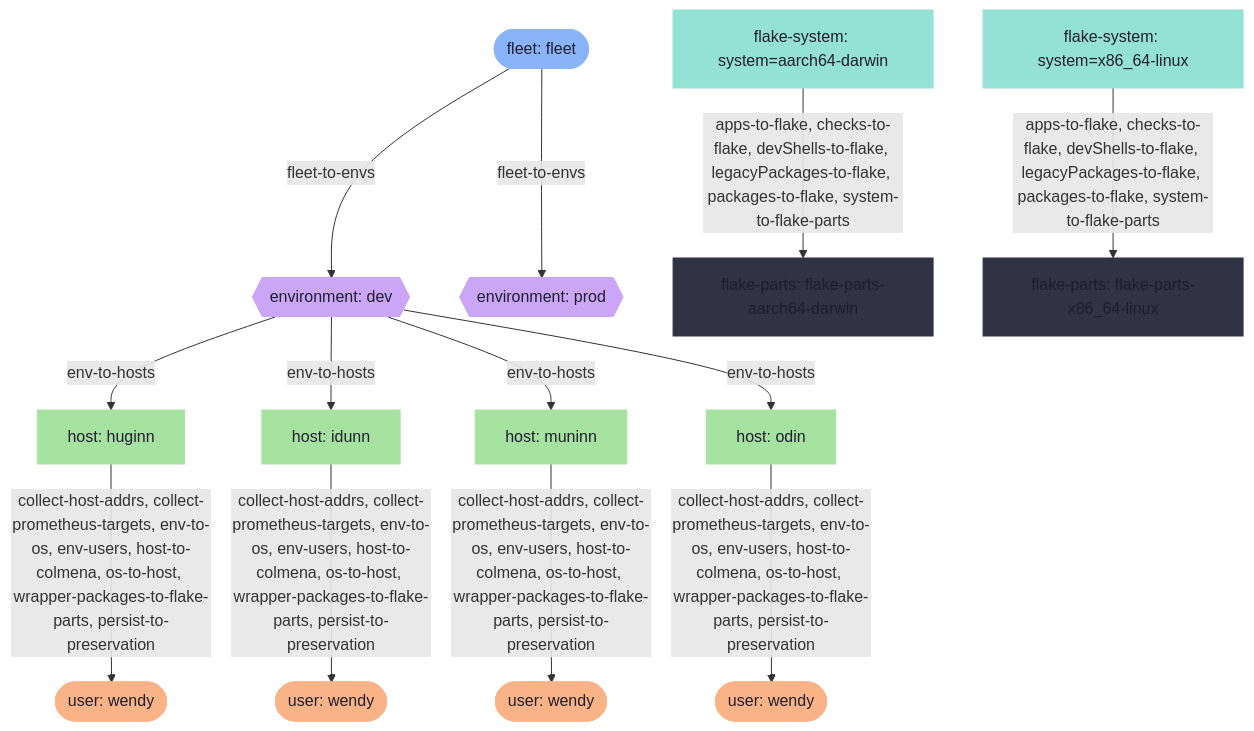
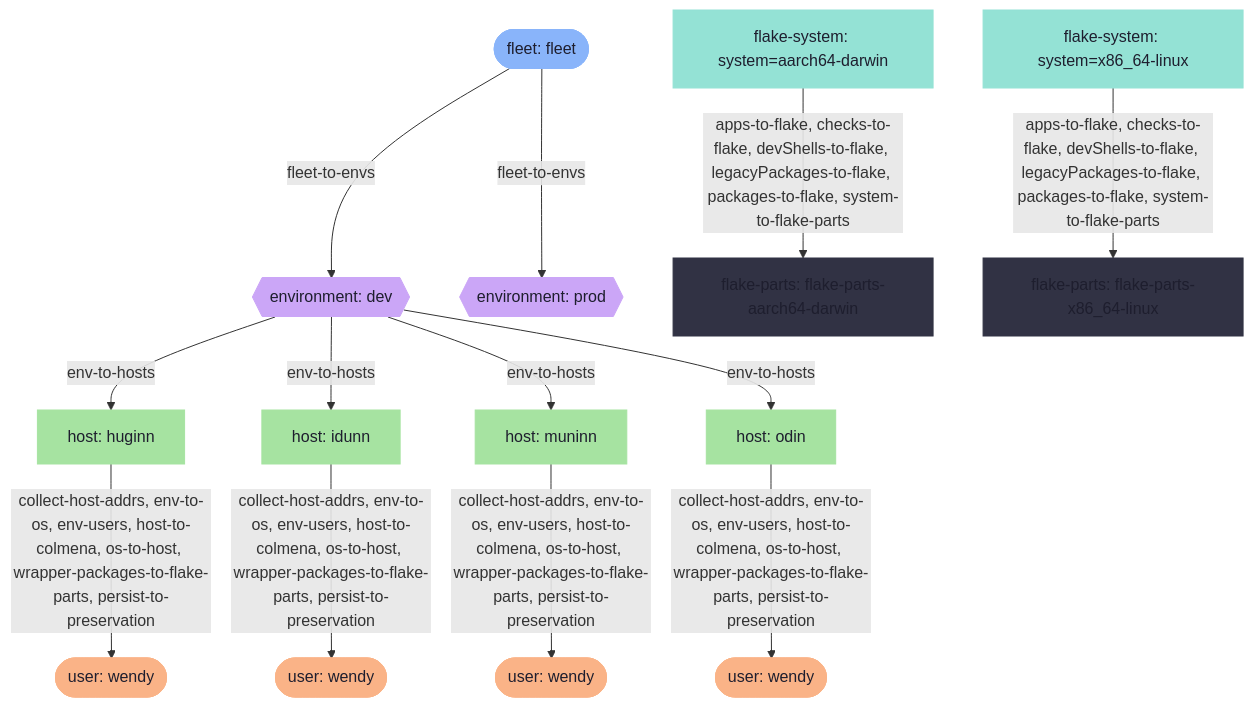
Before and after one commit to illusaen/denix: the second of 4 diagrams in README.md, drawn with Mermaid. The commit also changed other lines of this file and 2 other files, not shown here.

Commit message:
adding repo skeleton explanation

````diff
--- a/README.md
+++ b/README.md
@@ -58,47 +58,47 @@
 ```mermaid
 graph TD
   accessGroups__list_accessGroups__environment_dev_fleet_fleet_host_huginn["host: huginn"]
   accessGroups__list_accessGroups__environment_dev_fleet_fleet_host_huginn_user_wendy(["user: wendy"])
   accessGroups__list_accessGroups__environment_dev_fleet_fleet_host_idunn["host: idunn"]
   accessGroups__list_accessGroups__environment_dev_fleet_fleet_host_idunn_user_wendy(["user: wendy"])
   accessGroups__list_accessGroups__environment_dev_fleet_fleet_host_muninn["host: muninn"]
   accessGroups__list_accessGroups__environment_dev_fleet_fleet_host_muninn_user_wendy(["user: wendy"])
   accessGroups__list_accessGroups__environment_dev_fleet_fleet_host_odin["host: odin"]
   accessGroups__list_accessGroups__environment_dev_fleet_fleet_host_odin_user_wendy(["user: wendy"])
   environment_dev_fleet_fleet{{"environment: dev"}}
   environment_prod_fleet_fleet{{"environment: prod"}}
   flake_parts_flake_parts_aarch64_darwin_system_aarch64_darwin["flake-parts: flake-parts-aarch64-darwin"]
   flake_parts_flake_parts_x86_64_linux_system_x86_64_linux["flake-parts: flake-parts-x86_64-linux"]
   fleet_fleet(["fleet: fleet"])
   system_aarch64_darwin["flake-system: system=aarch64-darwin"]
   system_x86_64_linux["flake-system: system=x86_64-linux"]
 
   environment_dev_fleet_fleet -->|env-to-hosts| accessGroups__list_accessGroups__environment_dev_fleet_fleet_host_huginn
-  accessGroups__list_accessGroups__environment_dev_fleet_fleet_host_huginn -->|collect-host-addrs, collect-prometheus-targets, env-to-os, env-users, host-to-colmena, os-to-host, wrapper-packages-to-flake-parts, persist-to-preservation| accessGroups__list_accessGroups__environment_dev_fleet_fleet_host_huginn_user_wendy
+  accessGroups__list_accessGroups__environment_dev_fleet_fleet_host_huginn -->|collect-host-addrs, env-to-os, env-users, host-to-colmena, os-to-host, wrapper-packages-to-flake-parts, persist-to-preservation| accessGroups__list_accessGroups__environment_dev_fleet_fleet_host_huginn_user_wendy
   environment_dev_fleet_fleet -->|env-to-hosts| accessGroups__list_accessGroups__environment_dev_fleet_fleet_host_idunn
-  accessGroups__list_accessGroups__environment_dev_fleet_fleet_host_idunn -->|collect-host-addrs, collect-prometheus-targets, env-to-os, env-users, host-to-colmena, os-to-host, wrapper-packages-to-flake-parts, persist-to-preservation| accessGroups__list_accessGroups__environment_dev_fleet_fleet_host_idunn_user_wendy
+  accessGroups__list_accessGroups__environment_dev_fleet_fleet_host_idunn -->|collect-host-addrs, env-to-os, env-users, host-to-colmena, os-to-host, wrapper-packages-to-flake-parts, persist-to-preservation| accessGroups__list_accessGroups__environment_dev_fleet_fleet_host_idunn_user_wendy
   environment_dev_fleet_fleet -->|env-to-hosts| accessGroups__list_accessGroups__environment_dev_fleet_fleet_host_muninn
-  accessGroups__list_accessGroups__environment_dev_fleet_fleet_host_muninn -->|collect-host-addrs, collect-prometheus-targets, env-to-os, env-users, host-to-colmena, os-to-host, wrapper-packages-to-flake-parts, persist-to-preservation| accessGroups__list_accessGroups__environment_dev_fleet_fleet_host_muninn_user_wendy
+  accessGroups__list_accessGroups__environment_dev_fleet_fleet_host_muninn -->|collect-host-addrs, env-to-os, env-users, host-to-colmena, os-to-host, wrapper-packages-to-flake-parts, persist-to-preservation| accessGroups__list_accessGroups__environment_dev_fleet_fleet_host_muninn_user_wendy
   environment_dev_fleet_fleet -->|env-to-hosts| accessGroups__list_accessGroups__environment_dev_fleet_fleet_host_odin
-  accessGroups__list_accessGroups__environment_dev_fleet_fleet_host_odin -->|collect-host-addrs, collect-prometheus-targets, env-to-os, env-users, host-to-colmena, os-to-host, wrapper-packages-to-flake-parts, persist-to-preservation| accessGroups__list_accessGroups__environment_dev_fleet_fleet_host_odin_user_wendy
+  accessGroups__list_accessGroups__environment_dev_fleet_fleet_host_odin -->|collect-host-addrs, env-to-os, env-users, host-to-colmena, os-to-host, wrapper-packages-to-flake-parts, persist-to-preservation| accessGroups__list_accessGroups__environment_dev_fleet_fleet_host_odin_user_wendy
   fleet_fleet -->|fleet-to-envs| environment_dev_fleet_fleet
   fleet_fleet -->|fleet-to-envs| environment_prod_fleet_fleet
   system_aarch64_darwin -->|apps-to-flake, checks-to-flake, devShells-to-flake, legacyPackages-to-flake, packages-to-flake, system-to-flake-parts| flake_parts_flake_parts_aarch64_darwin_system_aarch64_darwin
   system_x86_64_linux -->|apps-to-flake, checks-to-flake, devShells-to-flake, legacyPackages-to-flake, packages-to-flake, system-to-flake-parts| flake_parts_flake_parts_x86_64_linux_system_x86_64_linux
 
   style accessGroups__list_accessGroups__environment_dev_fleet_fleet_host_huginn fill:#a6e3a1,stroke:#a6e3a1,color:#1e1e2e
   style accessGroups__list_accessGroups__environment_dev_fleet_fleet_host_huginn_user_wendy fill:#fab387,stroke:#fab387,color:#1e1e2e
   style accessGroups__list_accessGroups__environment_dev_fleet_fleet_host_idunn fill:#a6e3a1,stroke:#a6e3a1,color:#1e1e2e
   style accessGroups__list_accessGroups__environment_dev_fleet_fleet_host_idunn_user_wendy fill:#fab387,stroke:#fab387,color:#1e1e2e
   style accessGroups__list_accessGroups__environment_dev_fleet_fleet_host_muninn fill:#a6e3a1,stroke:#a6e3a1,color:#1e1e2e
   style accessGroups__list_accessGroups__environment_dev_fleet_fleet_host_muninn_user_wendy fill:#fab387,stroke:#fab387,color:#1e1e2e
   style accessGroups__list_accessGroups__environment_dev_fleet_fleet_host_odin fill:#a6e3a1,stroke:#a6e3a1,color:#1e1e2e
   style accessGroups__list_accessGroups__environment_dev_fleet_fleet_host_odin_user_wendy fill:#fab387,stroke:#fab387,color:#1e1e2e
   style environment_dev_fleet_fleet fill:#cba6f7,stroke:#cba6f7,color:#1e1e2e
   style environment_prod_fleet_fleet fill:#cba6f7,stroke:#cba6f7,color:#1e1e2e
   style flake_parts_flake_parts_aarch64_darwin_system_aarch64_darwin fill:#313244,stroke:#313244,color:#1e1e2e
   style flake_parts_flake_parts_x86_64_linux_system_x86_64_linux fill:#313244,stroke:#313244,color:#1e1e2e
   style fleet_fleet fill:#89b4fa,stroke:#89b4fa,color:#1e1e2e
   style system_aarch64_darwin fill:#94e2d5,stroke:#94e2d5,color:#1e1e2e
   style system_x86_64_linux fill:#94e2d5,stroke:#94e2d5,color:#1e1e2e
 ```
````
